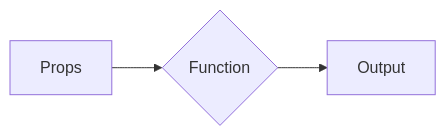
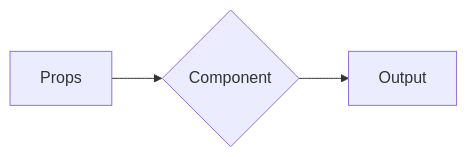
The third of 12 diagrams in slides.md (lindsaykwardell/vgs-functional-programming), drawn with Mermaid before and after one commit. The commit also changed other lines of this file and 1 other file, not shown here.

````diff
--- a/slides.md
+++ b/slides.md
@@ -399,5 +454,5 @@
 ```mermaid
 flowchart LR
-    Props --> Function
-    Function{Function} --> Output
+    Props --> Component
+    Component{Component} --> Output
 ```
````
